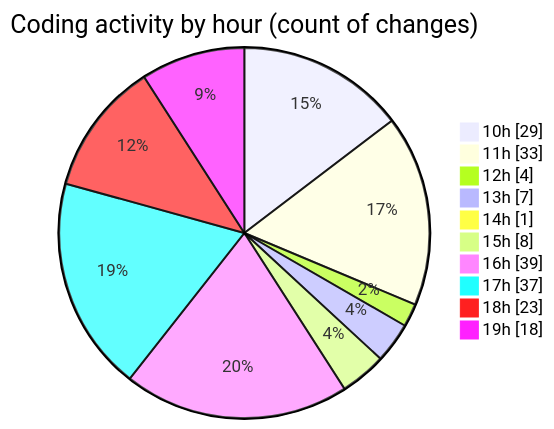
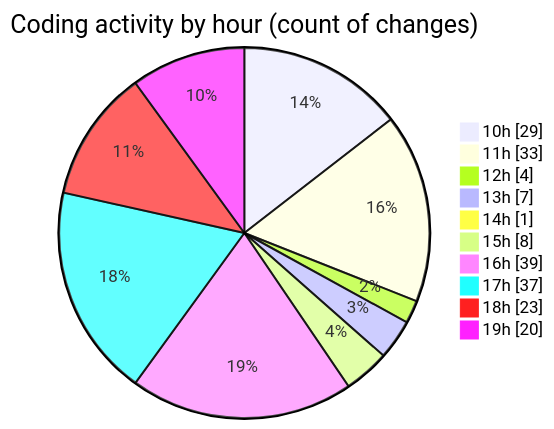
The second of 2 diagrams in 2025-06-05/cda/README.md (momahboobian/code-tracking), drawn with Mermaid before and after one commit. The commit also changed other lines of this file and 1 other file, not shown here.

````diff
--- a/2025-06-05/cda/README.md
+++ b/2025-06-05/cda/README.md
@@ -71,14 +72,14 @@
 ```mermaid
 pie showData
 title Coding activity by hour (count of changes)
 "10h" : 29
 "11h" : 33
 "12h" : 4
 "13h" : 7
 "14h" : 1
 "15h" : 8
 "16h" : 39
 "17h" : 37
 "18h" : 23
-"19h" : 18
+"19h" : 20
 ```
````
